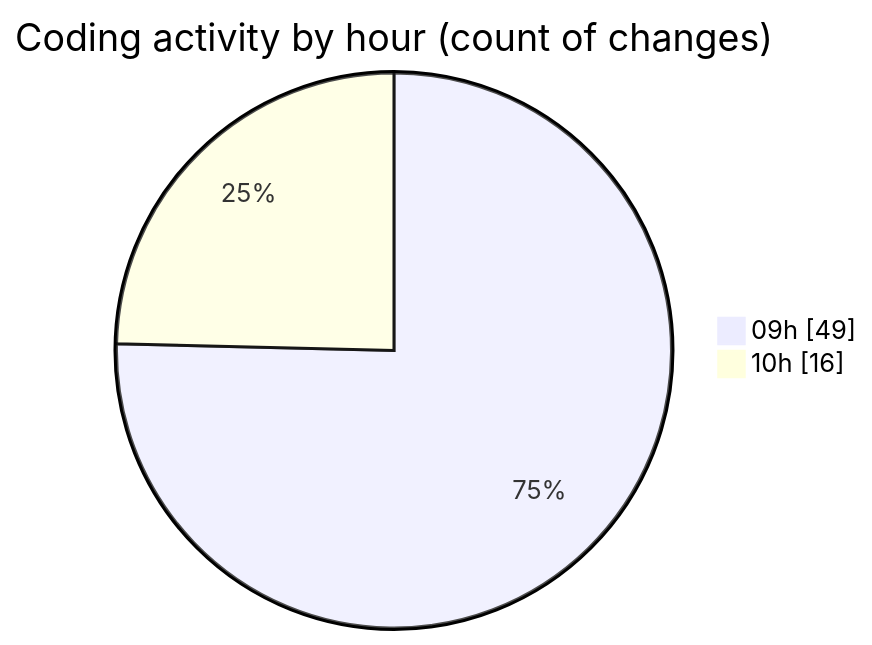
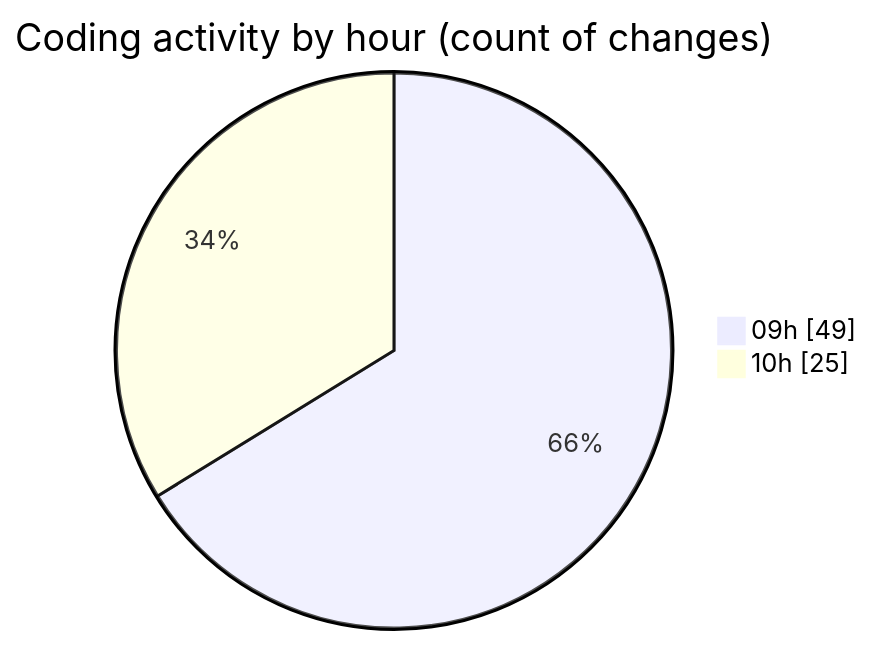
Before and after one commit to momahboobian/code-tracking: the second of 2 diagrams in 2026-08-10/cda/README.md, drawn with Mermaid. The commit also changed other lines of this file and 1 other file, not shown here.

````diff
--- a/2026-08-10/cda/README.md
+++ b/2026-08-10/cda/README.md
@@ -32,6 +32,6 @@
 ```mermaid
 pie showData
 title Coding activity by hour (count of changes)
 "09h" : 49
-"10h" : 16
+"10h" : 25
 ```
````
